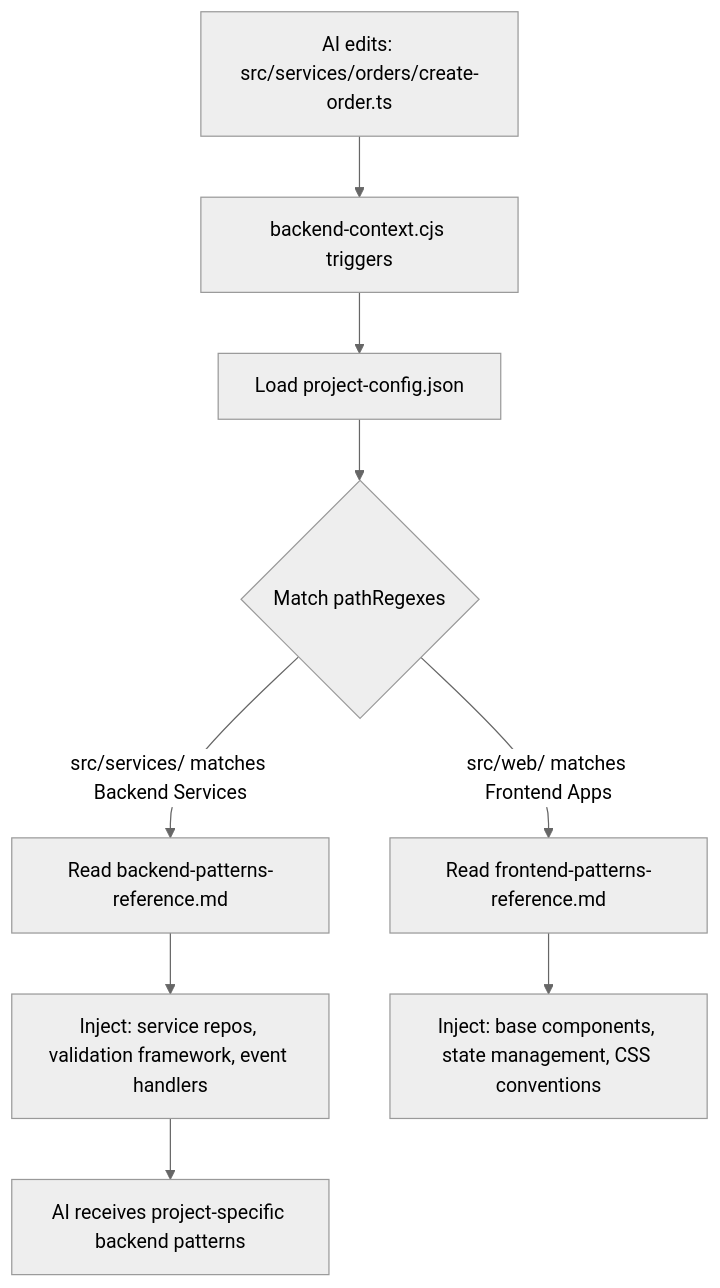
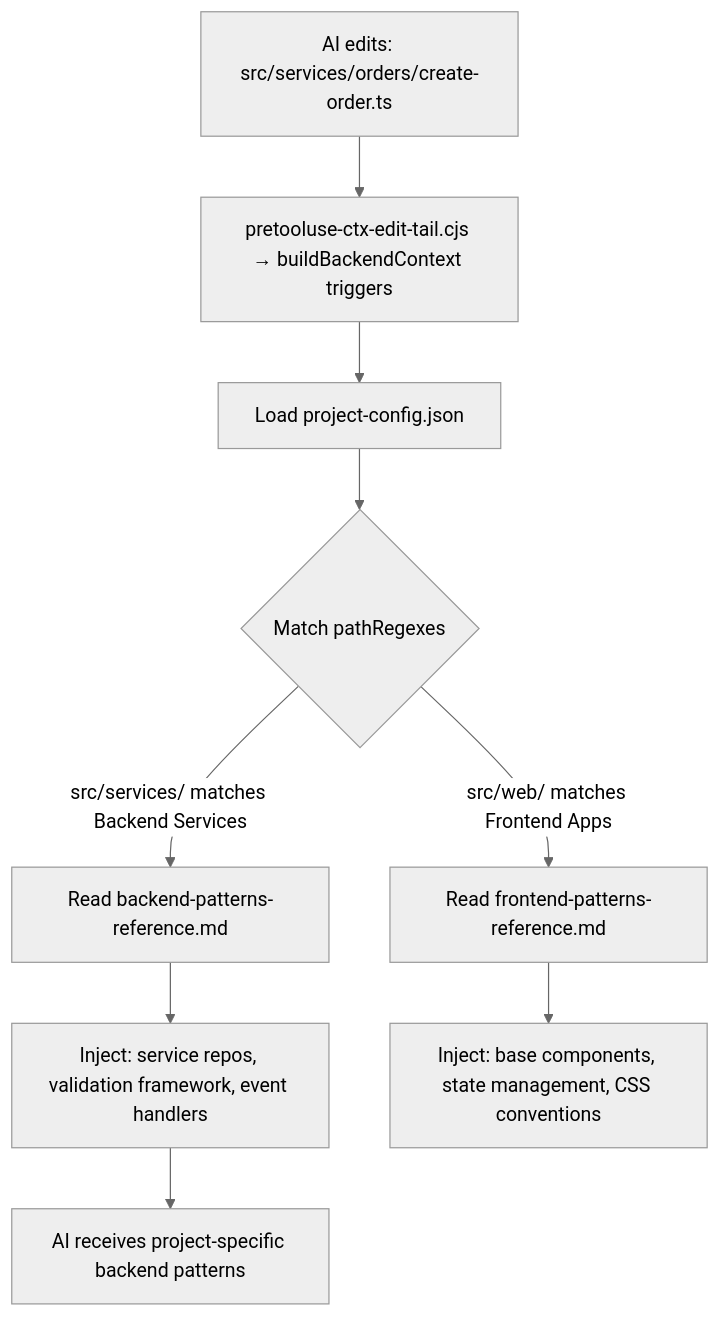
Before and after one commit to duc01226/easy-claude: the ninth of 20 diagrams in .claude/docs/claude-ai-agent-framework-guide.md, drawn with Mermaid (neutral theme). The commit also changed other lines of this file and 382 other files, not shown here.

````diff
--- a/.claude/docs/claude-ai-agent-framework-guide.md
+++ b/.claude/docs/claude-ai-agent-framework-guide.md
@@ -1000,12 +1000,12 @@
 ```mermaid
 flowchart TB
-    A["AI edits: src/services/orders/create-order.ts"] --> B["backend-context.cjs triggers"]
+    A["AI edits: src/services/orders/create-order.ts"] --> B["pretooluse-ctx-edit-tail.cjs → buildBackendContext triggers"]
     B --> C["Load project-config.json"]
     C --> D{"Match pathRegexes"}
     D -->|"src/services/ matches Backend Services"| E["Read backend-patterns-reference.md"]
     E --> F["Inject: service repos, validation framework, event handlers"]
     F --> G["AI receives project-specific backend patterns"]
 
     D -->|"src/web/ matches Frontend Apps"| H["Read frontend-patterns-reference.md"]
     H --> I["Inject: base components, state management, CSS conventions"]
 ```
````
